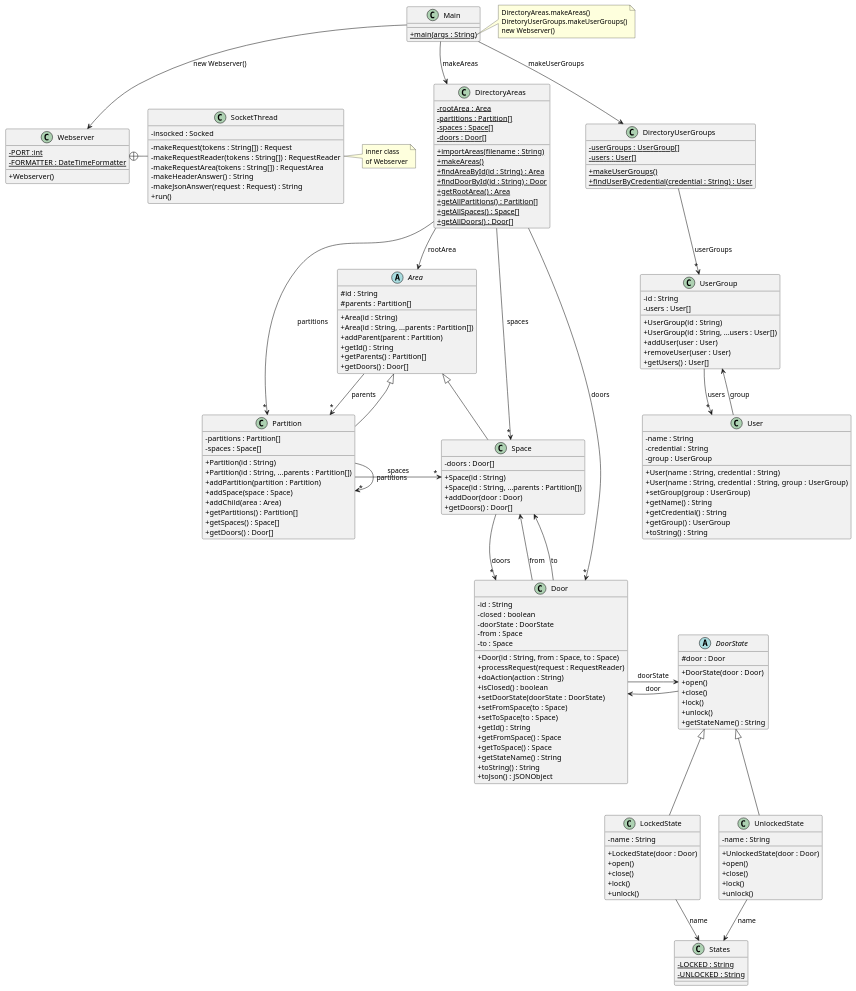
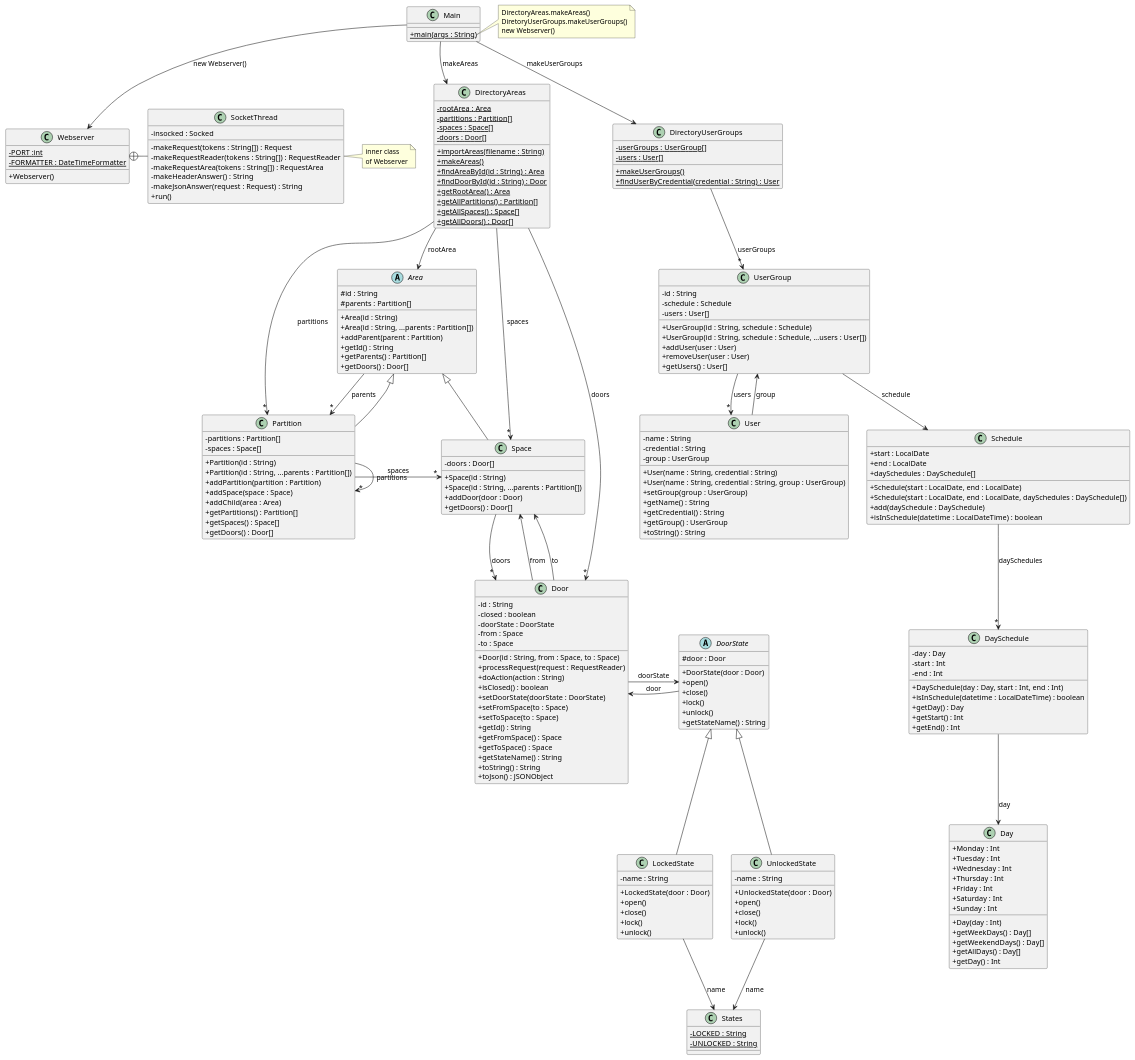
One commit to joan667/Acces_Control changed the diagram in src/baseNoStates/uml/base_no_states.puml. Above: the diagram before and after it, drawn with PlantUML. The commit also changed 6 other files, not shown here.

```diff
--- a/src/baseNoStates/uml/base_no_states.puml
+++ b/src/baseNoStates/uml/base_no_states.puml
@@ -221,9 +221,10 @@
 
 class UserGroup {
 - id : String
+- schedule : Schedule
 - users : User[]
-+ UserGroup(id : String)
-+ UserGroup(id : String, ...users : User[])
++ UserGroup(id : String, schedule : Schedule)
++ UserGroup(id : String, schedule : Schedule, ...users : User[])
 + addUser(user : User)
 + removeUser(user : User)
 + getUsers() : User[]
@@ -246,6 +247,46 @@
 
 User --> UserGroup : "group"
 
+class Day {
++ Monday : Int
++ Tuesday : Int
++ Wednesday : Int
++ Thursday : Int
++ Friday : Int
++ Saturday : Int
++ Sunday : Int
++ Day(day : Int)
++ getWeekDays() : Day[]
++ getWeekendDays() : Day[]
++ getAllDays() : Day[]
++ getDay() : Int
+}
+
+class DaySchedule {
+- day : Day
+- start : Int
+- end : Int
++ DaySchedule(day : Day, start : Int, end : Int)
++ isInSchedule(datetime : LocalDateTime) : boolean
++ getDay() : Day
++ getStart() : Int
++ getEnd() : Int
+}
+
+DaySchedule --> Day : "day"
+
+class Schedule {
++ start : LocalDate
++ end : LocalDate
++ daySchedules : DaySchedule[]
++ Schedule(start : LocalDate, end : LocalDate)
++ Schedule(start : LocalDate, end : LocalDate, daySchedules : DaySchedule[])
++ add(daySchedule : DaySchedule)
++ isInSchedule(datetime : LocalDateTime) : boolean
+}
+
+Schedule --> "*" DaySchedule : "daySchedules"
+UserGroup --> Schedule : "schedule"
 
 
 Main -[hidden]down- DirectoryAreas
```
